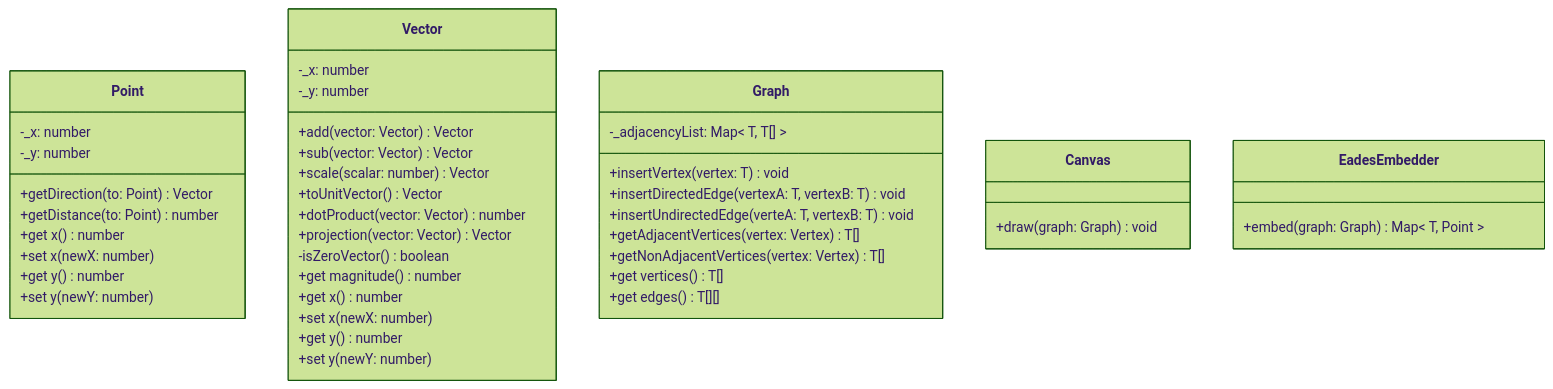
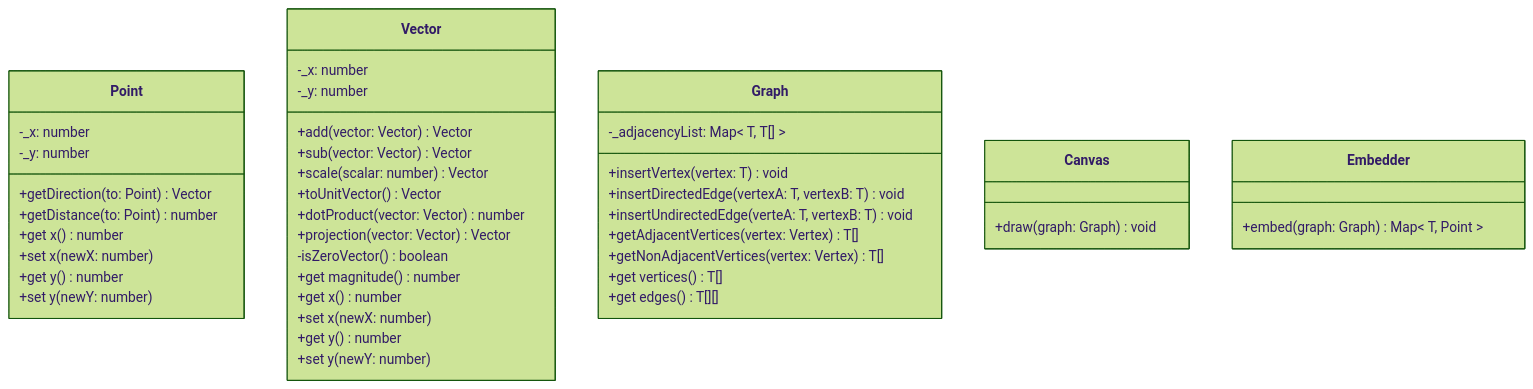
Before and after one commit to hallkyon/hallkyon.github.io: the diagram in docs/class-diagram.md, drawn with Mermaid (forest theme). The commit also changed 9 other files, not shown here.

````diff
--- a/docs/class-diagram.md
+++ b/docs/class-diagram.md
@@ -1,53 +1,53 @@
 ```mermaid
 classDiagram
 class Point{
 	-_x: number
 	-_y: number
 
 	+getDirection(to: Point) Vector
 	+getDistance(to: Point) number
 	+get x() number
 	+set x(newX: number)
 	+get y() number
 	+set y(newY: number)
 }
 
 class Vector {
 	-_x: number
 	-_y: number
 
 	+add(vector: Vector) Vector
 	+sub(vector: Vector) Vector
 	+scale(scalar: number) Vector
 	+toUnitVector() Vector
 	+dotProduct(vector: Vector) number
 	+projection(vector: Vector) Vector
 	-isZeroVector() boolean
 	+get magnitude() number
 	+get x() number
 	+set x(newX: number)
 	+get y() number
 	+set y(newY: number)
 }
 
 class Graph {
 	-_adjacencyList: Map< T, T[] >
 
 	+insertVertex(vertex: T) void
 	+insertDirectedEdge(vertexA: T, vertexB: T) void
 	+insertUndirectedEdge(verteA: T, vertexB: T) void
 	+getAdjacentVertices(vertex: Vertex) T[]
 	+getNonAdjacentVertices(vertex: Vertex) T[]
 	+get vertices() T[]
 	+get edges() T[][]
 }
 
 class Canvas {
 	+draw(graph: Graph<T>) void
 }
 
-class EadesEmbedder {
+class Embedder {
 	+embed(graph: Graph<T>) Map< T, Point >
 }
 
 ```
````
